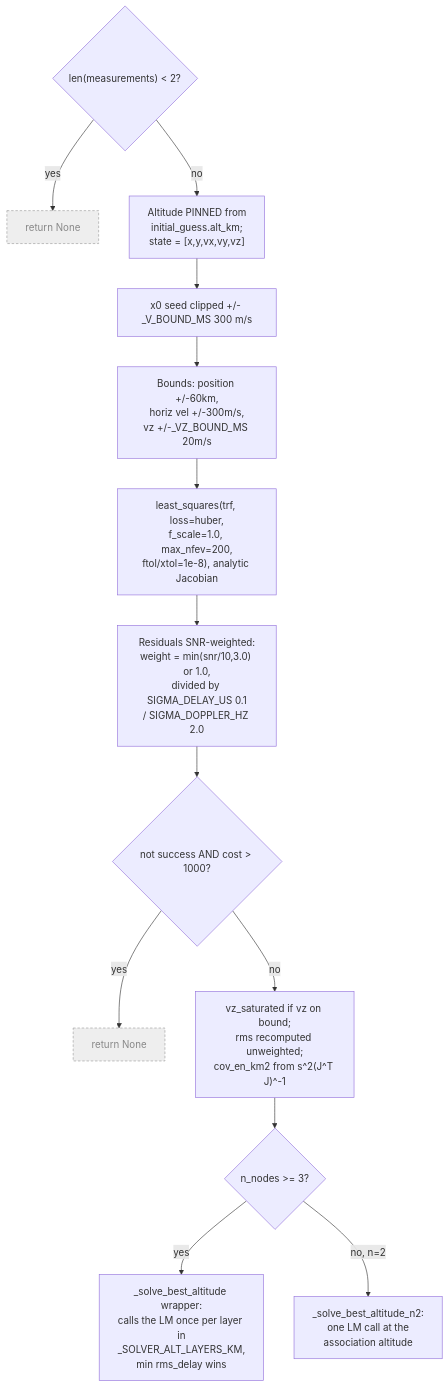
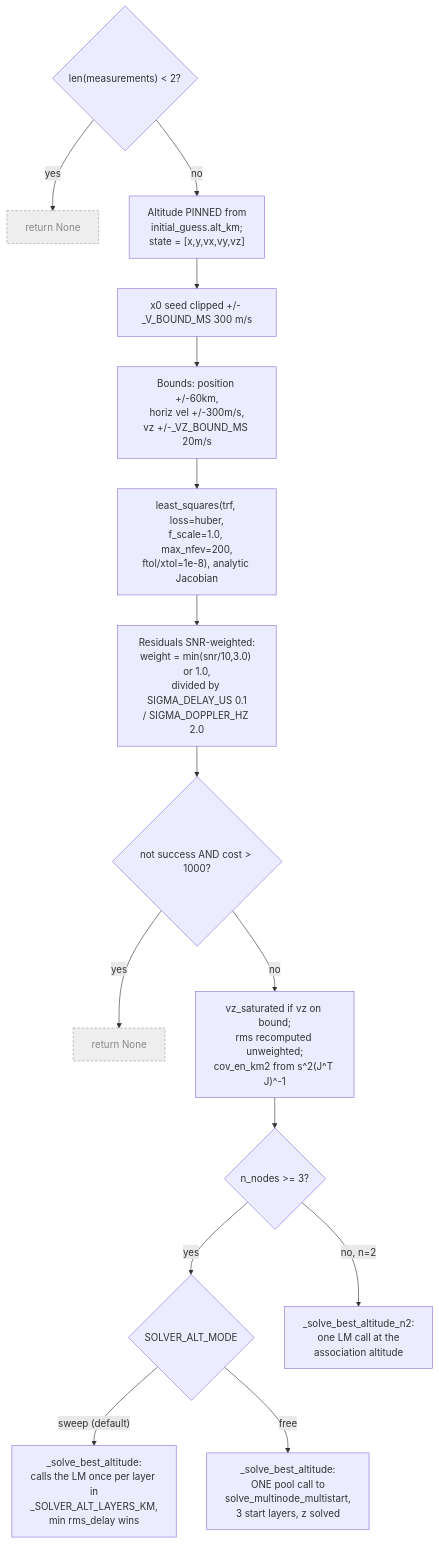
The ninth of 10 diagrams in docs/solverflow.md (offworldlabs/retina-server), drawn with Mermaid before and after one commit. The commit also changed other lines of this file and 5 other files, not shown here.

First line of the commit message:
solver: SOLVER_ALT_MODE=free, and ship only the configs a candidate uses

````diff
--- a/docs/solverflow.md
+++ b/docs/solverflow.md
@@ -442,19 +443,21 @@
 ```mermaid
 flowchart TD
     m0{"len(measurements) < 2?"}
     m0 -->|"yes"| mNone["return None"]:::inert
     m0 -->|"no"| m1["Altitude PINNED from<br/>initial_guess.alt_km;<br/>state = [x,y,vx,vy,vz]"]
     m1 --> m2["x0 seed clipped +/- _V_BOUND_MS 300 m/s"]
     m2 --> m3["Bounds: position +/-60km,<br/>horiz vel +/-300m/s,<br/>vz +/-_VZ_BOUND_MS 20m/s"]
     m3 --> m4["least_squares(trf, loss=huber,<br/>f_scale=1.0, max_nfev=200,<br/>ftol/xtol=1e-8), analytic Jacobian"]
     m4 --> m5["Residuals SNR-weighted:<br/>weight = min(snr/10,3.0) or 1.0,<br/>divided by SIGMA_DELAY_US 0.1<br/>/ SIGMA_DOPPLER_HZ 2.0"]
     m5 --> m6{"not success AND cost > 1000?"}
     m6 -->|"yes"| mNone2["return None"]:::inert
     m6 -->|"no"| m7["vz_saturated if vz on bound;<br/>rms recomputed unweighted;<br/>cov_en_km2 from s^2(J^T J)^-1"]
 
     m7 --> alt{"n_nodes >= 3?"}
-    alt -->|"yes"| sweep["_solve_best_altitude wrapper:<br/>calls the LM once per layer in<br/>_SOLVER_ALT_LAYERS_KM,<br/>min rms_delay wins"]
+    alt -->|"yes"| mode{"SOLVER_ALT_MODE"}
+    mode -->|"sweep (default)"| sweep["_solve_best_altitude:<br/>calls the LM once per layer in<br/>_SOLVER_ALT_LAYERS_KM,<br/>min rms_delay wins"]
+    mode -->|"free"| freealt["_solve_best_altitude:<br/>ONE pool call to<br/>solve_multinode_multistart,<br/>3 start layers, z solved"]
     alt -->|"no, n=2"| single["_solve_best_altitude_n2:<br/>one LM call at the<br/>association altitude"]
 
     classDef inert fill:#eee,stroke:#999,color:#888,stroke-dasharray: 4 3
 ```
````
